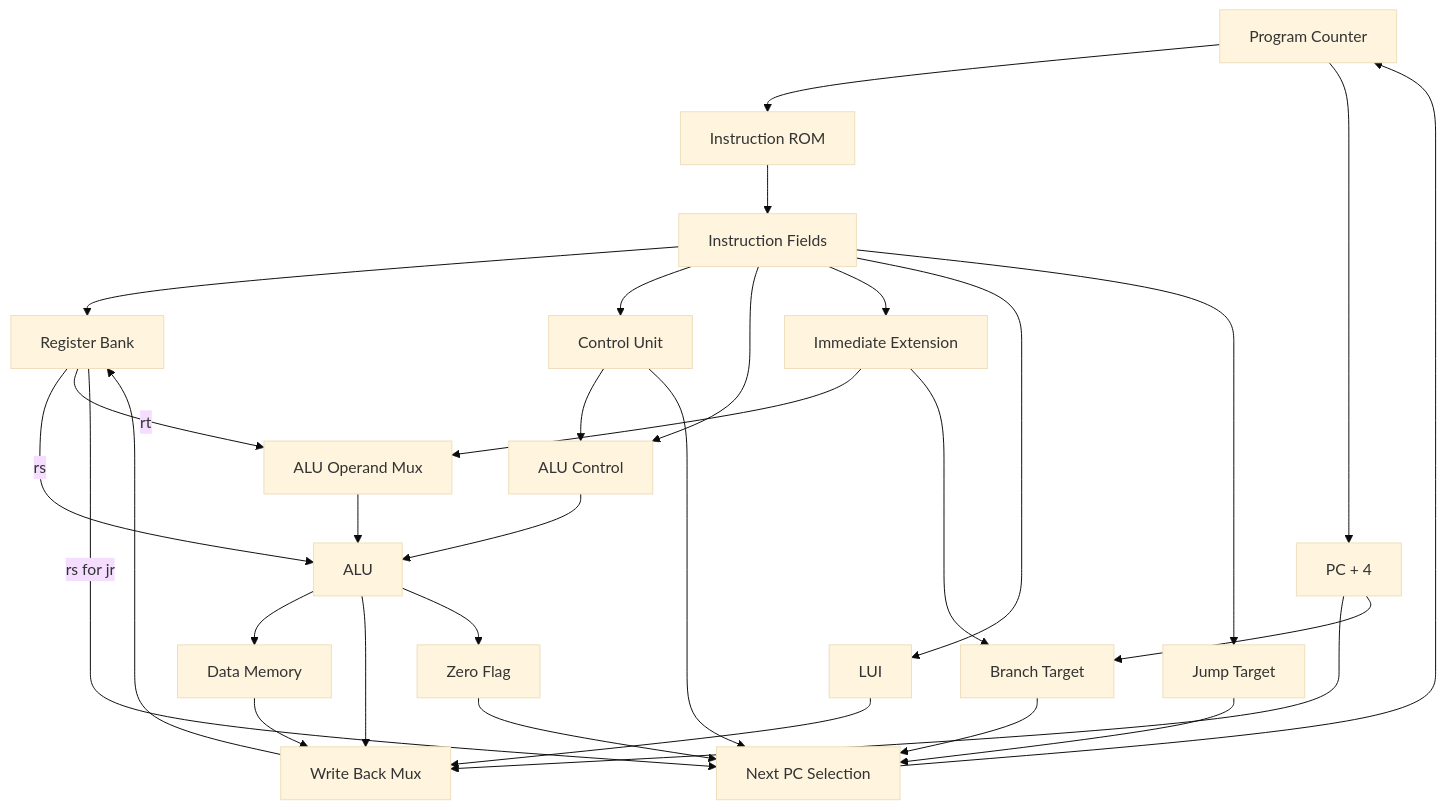
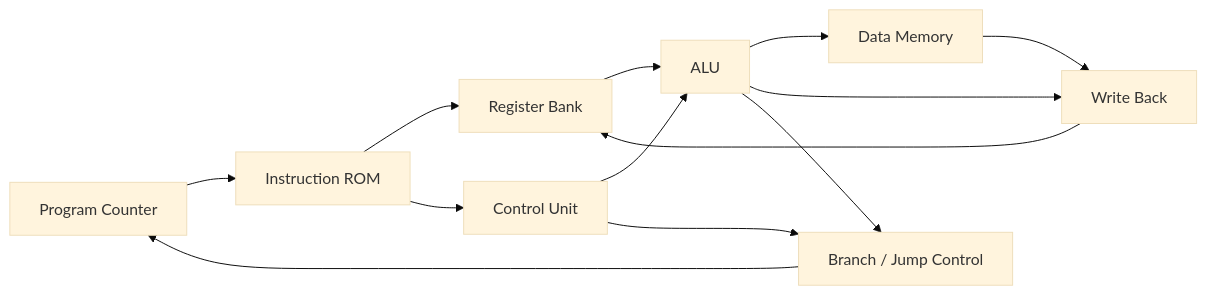
Before and after one commit to keiyanishio/MIPS: the diagram in README.md, drawn with Mermaid (base theme).

Commit message:
Simplify MIPS architecture diagram

````diff
--- a/README.md
+++ b/README.md
@@ -13,41 +13,18 @@
 ```mermaid
-flowchart TB
+flowchart LR
     PC[Program Counter] --> ROM[Instruction ROM]
-    ROM --> INST[Instruction Fields]
+    ROM --> RF[Register Bank]
+    ROM --> CU[Control Unit]
 
-    INST --> RF[Register Bank]
-    INST --> CU[Control Unit]
-    INST --> ALUC[ALU Control]
-    CU --> ALUC
+    RF --> ALU[ALU]
+    CU --> ALU
 
-    INST --> IMM[Immediate Extension]
-    RF -->|rs| ALU[ALU]
-    RF -->|rt| OPMUX[ALU Operand Mux]
-    IMM --> OPMUX
-    OPMUX --> ALU
-    ALUC --> ALU
+    ALU --> MEM[Data Memory]
+    ALU --> WB[Write Back]
+    MEM --> WB
+    WB --> RF
 
-    ALU --> DM[Data Memory]
-    ALU --> WBMUX[Write Back Mux]
-    DM --> WBMUX
-
-    PC --> PC4[PC + 4]
-    PC4 --> WBMUX
-    INST --> LUI[LUI]
-    LUI --> WBMUX
-    WBMUX --> RF
-
-    ALU --> ZERO[Zero Flag]
-    ZERO --> NPC[Next PC Selection]
-
-    PC4 --> BRANCH[Branch Target]
-    IMM --> BRANCH
-    BRANCH --> NPC
-
-    INST --> JUMP[Jump Target]
-    JUMP --> NPC
-
-    RF -->|rs for jr| NPC
-    CU --> NPC
+    CU --> NPC[Branch / Jump Control]
+    ALU --> NPC
     NPC --> PC
 ```
````
